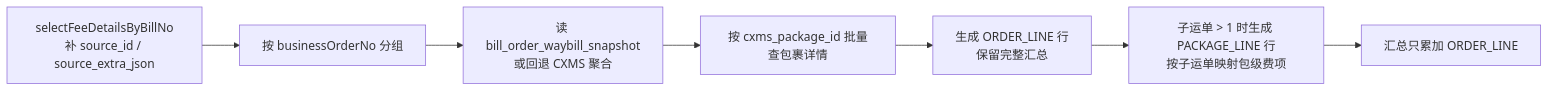
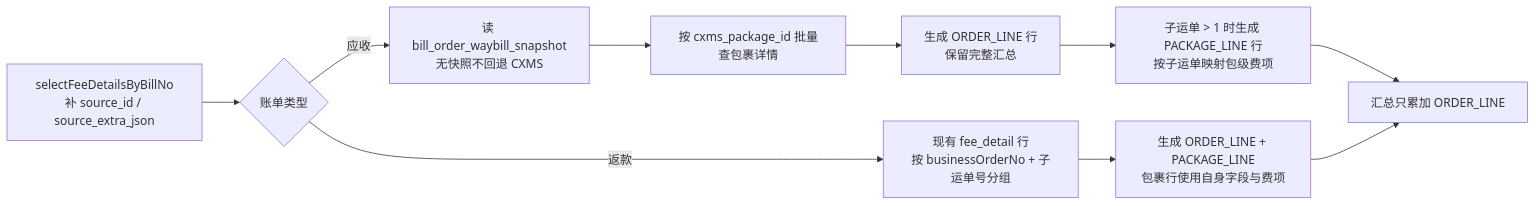
Before and after one commit to jack888332/projects-doc: the diagram in technical-caliber/bms/dev-specs/2026-08-11-bms-对账报表导出增加尾程包裹数据行技术调整方案与计划.md, drawn with Mermaid. The commit also changed other lines of this file, not shown here.

````diff
--- a/technical-caliber/bms/dev-specs/2026-08-11-bms-对账报表导出增加尾程包裹数据行技术调整方案与计划.md
+++ b/technical-caliber/bms/dev-specs/2026-08-11-bms-对账报表导出增加尾程包裹数据行技术调整方案与计划.md
@@ -211,9 +214,12 @@
 ```mermaid
 flowchart LR
-    A["selectFeeDetailsByBillNo<br/>补 source_id / source_extra_json"] --> B["按 businessOrderNo 分组"]
-    B --> C["读 bill_order_waybill_snapshot<br/>或回退 CXMS 聚合"]
+    A["selectFeeDetailsByBillNo<br/>补 source_id / source_extra_json"] --> B{账单类型}
+    B -- 应收 --> C["读 bill_order_waybill_snapshot<br/>无快照不回退 CXMS"]
     C --> D["按 cxms_package_id 批量查包裹详情"]
     D --> E["生成 ORDER_LINE 行<br/>保留完整汇总"]
     E --> F["子运单 > 1 时生成 PACKAGE_LINE 行<br/>按子运单映射包级费项"]
     F --> G["汇总只累加 ORDER_LINE"]
+    B -- 返款 --> H["现有 fee_detail 行<br/>按 businessOrderNo + 子运单号分组"]
+    H --> I["生成 ORDER_LINE + PACKAGE_LINE<br/>包裹行使用自身字段与费项"]
+    I --> G
 ```
````
